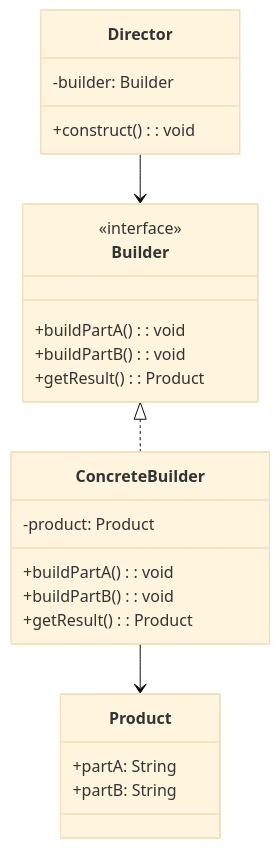
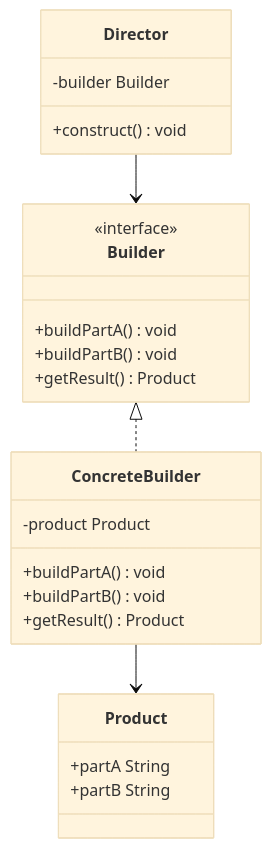
The tenth of 21 diagrams in content/posts/教學/分析與設計/Design Pattern教學(二).md (chihhung/Blog), drawn with Mermaid (base theme) before and after one commit. The commit also changed other lines of this file, not shown here.

Commit message:
修復 Design Pattern 教學(二) 中的 Mermaid mindmap 語法錯誤，改用 graph TB 格式以相容 Mermaid 11.12.1

````diff
--- a/content/posts/教學/分析與設計/Design Pattern教學(二).md
+++ b/content/posts/教學/分析與設計/Design Pattern教學(二).md
@@ -1314,27 +1353,27 @@
 ```mermaid
 classDiagram
     class Director {
-        -builder: Builder
-        +construct(): void
+        -builder Builder
+        +construct() void
     }
     class Builder {
         <<interface>>
-        +buildPartA(): void
-        +buildPartB(): void
-        +getResult(): Product
+        +buildPartA() void
+        +buildPartB() void
+        +getResult() Product
     }
     class ConcreteBuilder {
-        -product: Product
-        +buildPartA(): void
-        +buildPartB(): void
-        +getResult(): Product
+        -product Product
+        +buildPartA() void
+        +buildPartB() void
+        +getResult() Product
     }
     class Product {
-        +partA: String
-        +partB: String
+        +partA String
+        +partB String
     }
     
     Director --> Builder
     Builder <|.. ConcreteBuilder
     ConcreteBuilder --> Product
 ```
````
